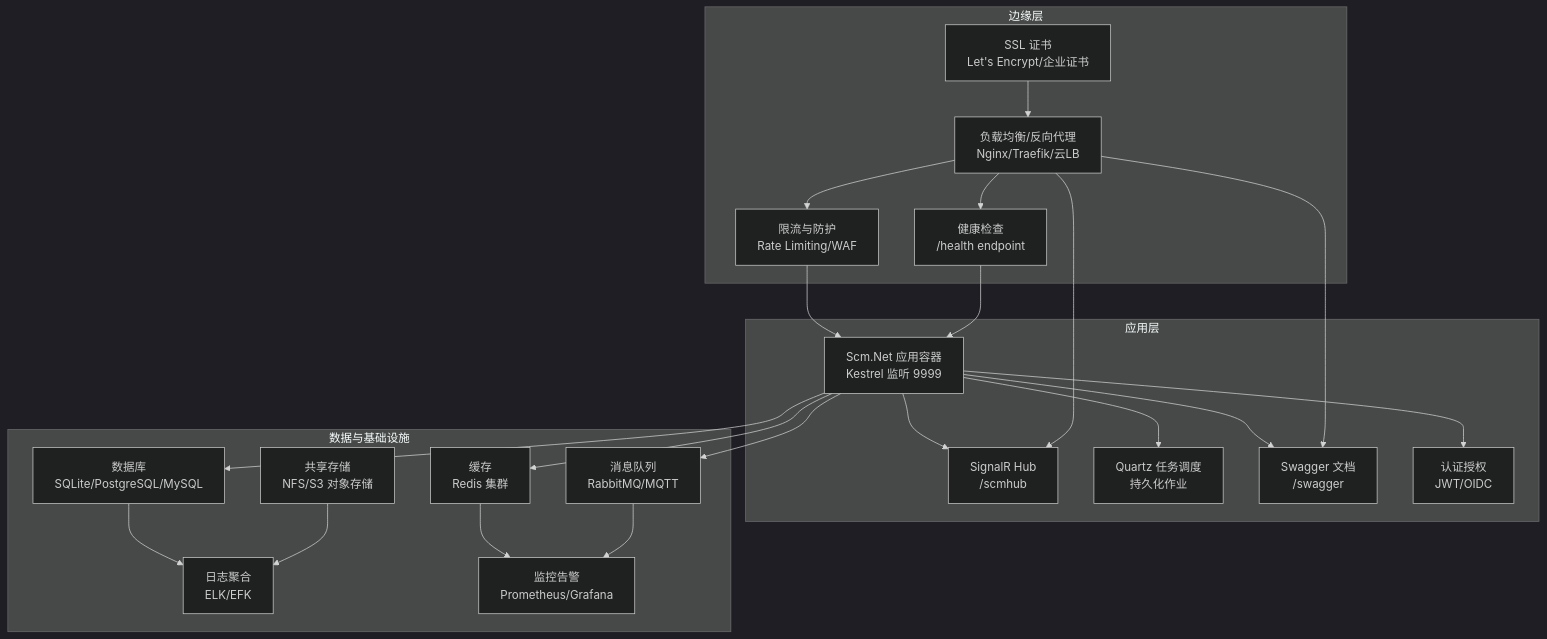
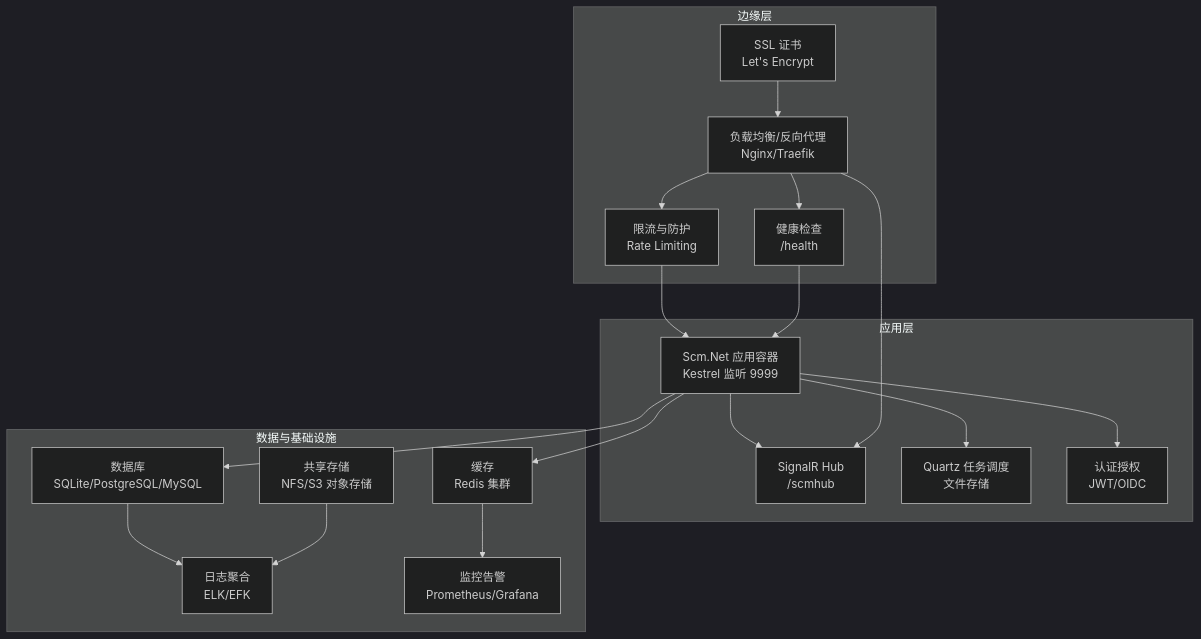
The first of 6 diagrams in .qoder/repowiki/zh/content/部署指南/部署指南.md (leadiot/Scm.Net), drawn with Mermaid (dark theme) before and after one commit. The commit also changed other lines of this file and 17 other files, not shown here.

````diff
--- a/.qoder/repowiki/zh/content/部署指南/部署指南.md
+++ b/.qoder/repowiki/zh/content/部署指南/部署指南.md
@@ -49,42 +47,36 @@
 ```mermaid
 graph TB
 subgraph "边缘层"
-LB["负载均衡/反向代理<br/>Nginx/Traefik/云LB"]
-SSL["SSL 证书<br/>Let's Encrypt/企业证书"]
-HEALTH["健康检查<br/>/health endpoint"]
-LIMIT["限流与防护<br/>Rate Limiting/WAF"]
+LB["负载均衡/反向代理<br/>Nginx/Traefik"]
+SSL["SSL 证书<br/>Let's Encrypt"]
+HEALTH["健康检查<br/>/health"]
+LIMIT["限流与防护<br/>Rate Limiting"]
 end
 subgraph "应用层"
 APP["Scm.Net 应用容器<br/>Kestrel 监听 9999"]
 SIG["SignalR Hub<br/>/scmhub"]
-Q["Quartz 任务调度<br/>持久化作业"]
-SWAGGER["Swagger 文档<br/>/swagger"]
+Q["Quartz 任务调度<br/>文件存储"]
 AUTH["认证授权<br/>JWT/OIDC"]
 end
 subgraph "数据与基础设施"
 DB["数据库<br/>SQLite/PostgreSQL/MySQL"]
 REDIS["缓存<br/>Redis 集群"]
-MQ["消息队列<br/>RabbitMQ/MQTT"]
 FS["共享存储<br/>NFS/S3 对象存储"]
 LOG["日志聚合<br/>ELK/EFK"]
 MON["监控告警<br/>Prometheus/Grafana"]
 end
 SSL --> LB
 LB --> HEALTH
 LB --> LIMIT
 LIMIT --> APP
 HEALTH --> APP
 APP --> DB
 APP --> REDIS
-APP --> MQ
 APP --> SIG
 APP --> Q
-APP --> SWAGGER
 APP --> AUTH
 LB --> SIG
-LB --> SWAGGER
 DB --> LOG
 REDIS --> MON
-MQ --> MON
 FS --> LOG
 ```
````
